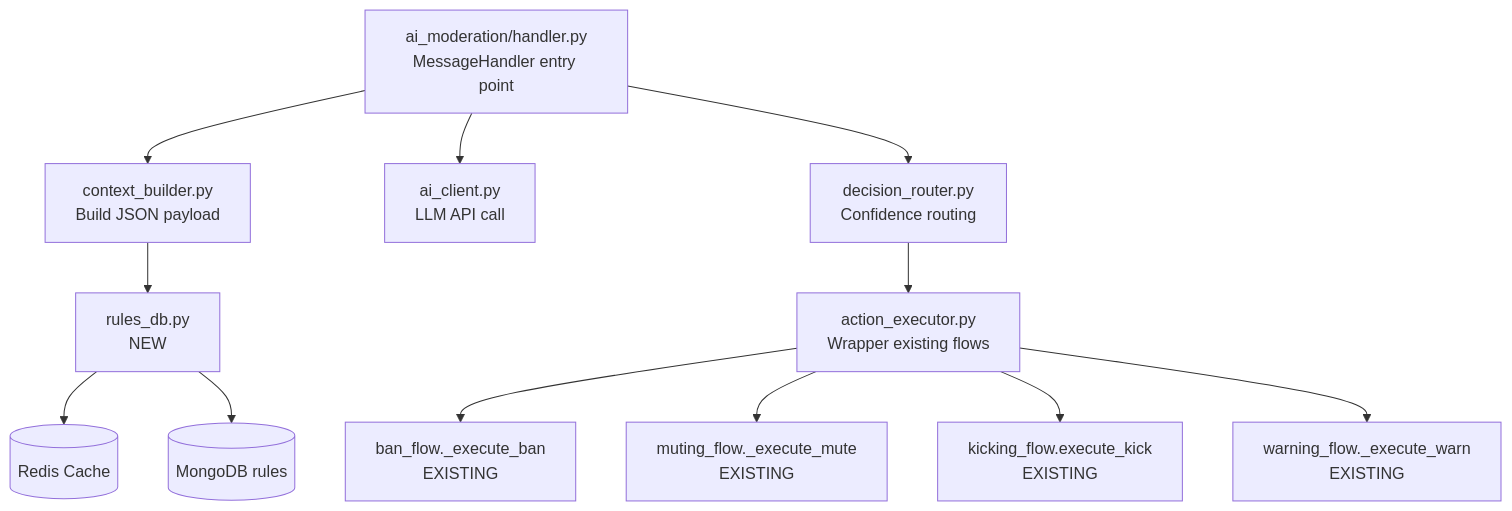
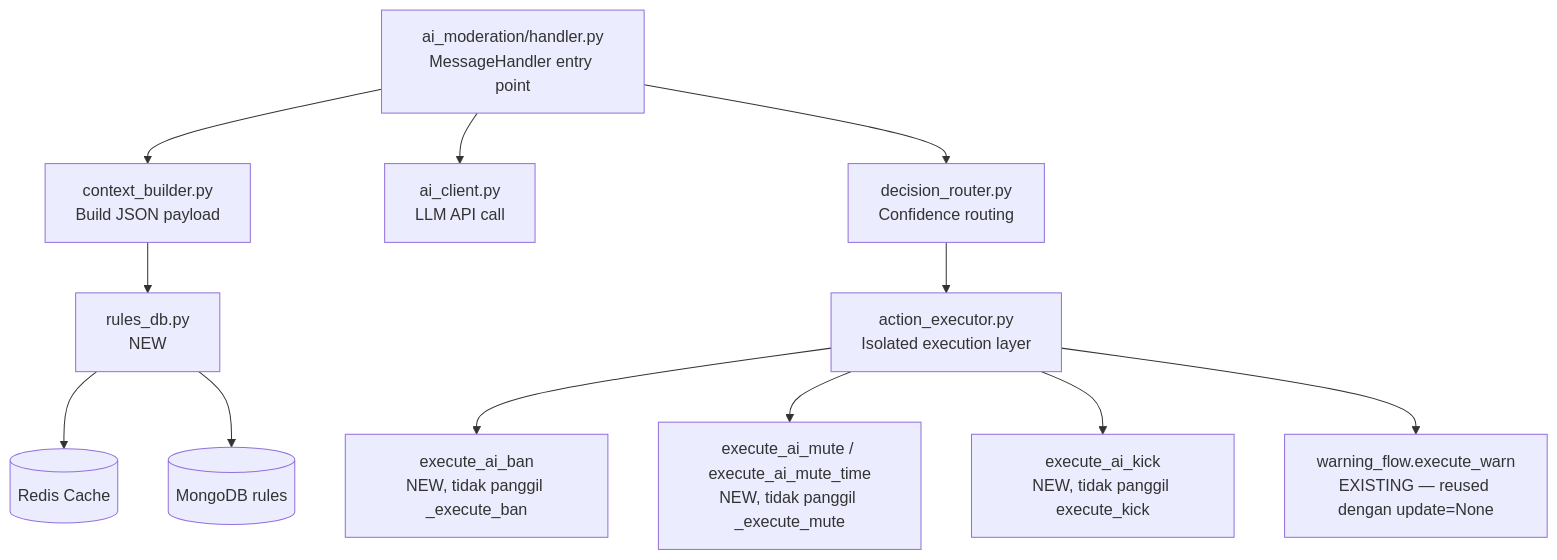
Before and after one commit to D1ZZY4/tcbot: diagram 14 of 15 in PRD.md, drawn with Mermaid. The commit also changed other lines of this file, not shown here.

````diff
--- a/PRD.md
+++ b/PRD.md
@@ -1247,15 +1268,15 @@
 ```mermaid
 flowchart TD
     HANDLER[ai_moderation/handler.py\nMessageHandler entry point]
     HANDLER --> CB[context_builder.py\nBuild JSON payload]
     HANDLER --> AIC[ai_client.py\nLLM API call]
     HANDLER --> DR[decision_router.py\nConfidence routing]
-    DR --> AE[action_executor.py\nWrapper existing flows]
-    AE --> BF[ban_flow._execute_ban\nEXISTING]
-    AE --> MF[muting_flow._execute_mute\nEXISTING]
-    AE --> KF[kicking_flow.execute_kick\nEXISTING]
-    AE --> WF[warning_flow._execute_warn\nEXISTING]
+    DR --> AE[action_executor.py\nIsolated execution layer]
+    AE --> AEB[execute_ai_ban\nNEW, tidak panggil _execute_ban]
+    AE --> AEM[execute_ai_mute / execute_ai_mute_time\nNEW, tidak panggil _execute_mute]
+    AE --> AEK[execute_ai_kick\nNEW, tidak panggil execute_kick]
+    AE --> WF[warning_flow.execute_warn\nEXISTING — reused dengan update=None]
     CB --> FRD[rules_db.py\nNEW]
     FRD --> REDIS[(Redis Cache)]
     FRD --> MONGO[(MongoDB rules)]
 ```
````
